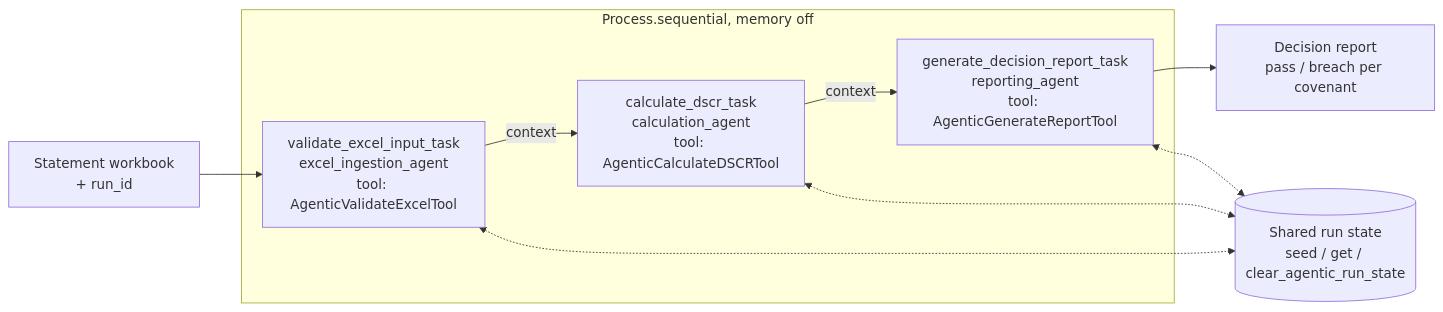
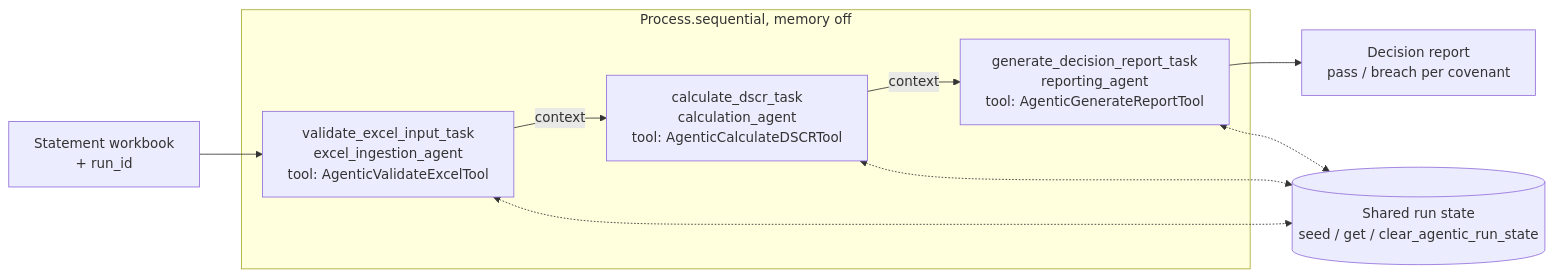
One commit to Vishwas2311/loan-covenant-platform changed the third of 4 diagrams in docs/architecture/covenanttrackingphase1.2.md. Above: the diagram before and after it, drawn with Mermaid. The commit also changed other lines of this file and 3 other files, not shown here.

First line of the commit message:
Architecture diagrams: readable layouts and full titles

````diff
--- a/docs/architecture/covenanttrackingphase1.2.md
+++ b/docs/architecture/covenanttrackingphase1.2.md
@@ -163,13 +166,14 @@
 ```mermaid
+%%{init: {"flowchart": {"wrappingWidth": 420}}}%%
 flowchart LR
     inp["Statement workbook<br/>+ run_id"] --> t1
-    subgraph crew["Process.sequential, memory off"]
+    subgraph crew["Process.sequential, memory off"]
         t1["validate_excel_input_task<br/>excel_ingestion_agent<br/>tool: AgenticValidateExcelTool"]
         t2["calculate_dscr_task<br/>calculation_agent<br/>tool: AgenticCalculateDSCRTool"]
         t3["generate_decision_report_task<br/>reporting_agent<br/>tool: AgenticGenerateReportTool"]
         t1 -- context --> t2 -- context --> t3
     end
     t3 --> out["Decision report<br/>pass / breach per covenant"]
     state[("Shared run state<br/>seed / get / clear_agentic_run_state")]
     t1 & t2 & t3 <-.-> state
 ```
````
